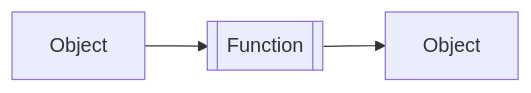
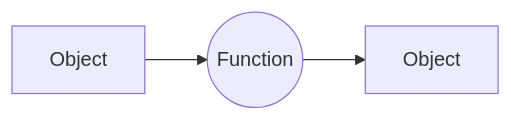
The second of 2 diagrams in DiscreteMathematics/First-Order-Logic/Features of First Order Logic.md (supremeimposter/My-Vault), drawn with Mermaid before and after one commit. The commit also changed other lines of this file and 4 other files, not shown here.

````diff
--- a/DiscreteMathematics/First-Order-Logic/Features of First Order Logic.md
+++ b/DiscreteMathematics/First-Order-Logic/Features of First Order Logic.md
@@ -88,4 +90,4 @@
 ```mermaid
 flowchart LR
-	A[Object] --> B[[Function]] --> C[Object]
+	A[Object] --> B((Function)) --> C[Object]
 ```
````
